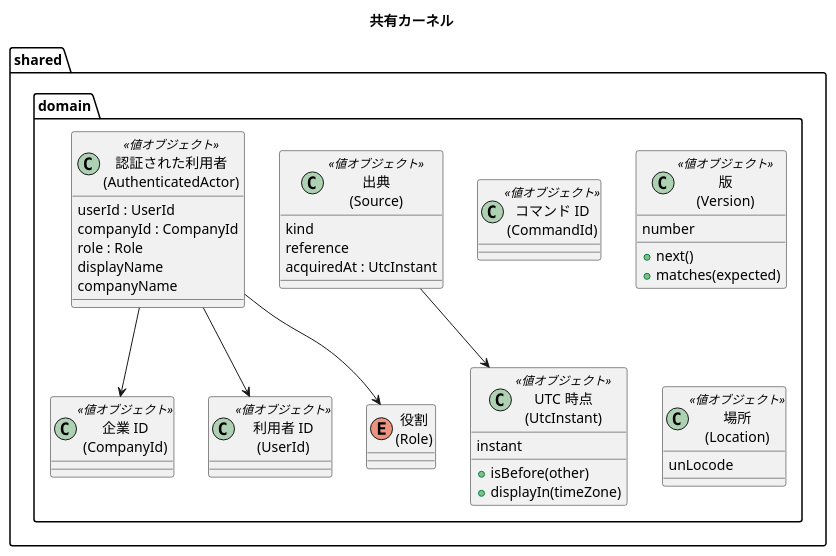
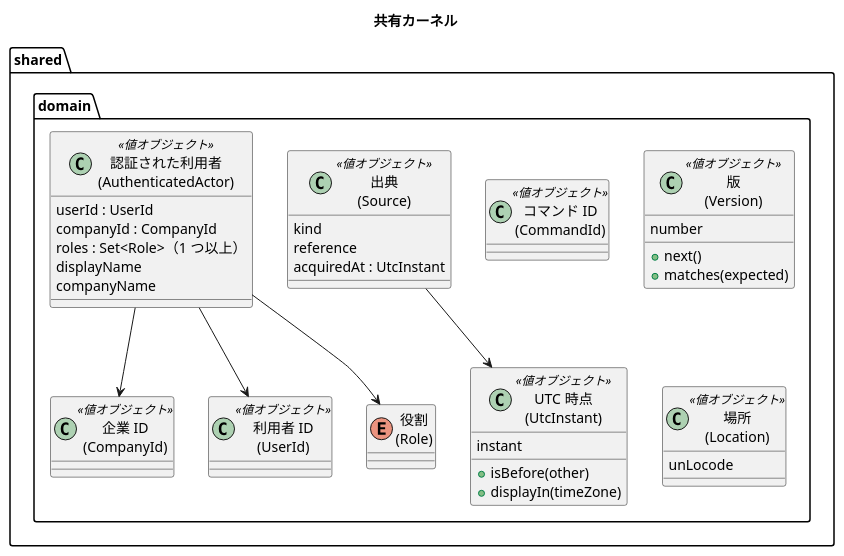
Before and after one commit to k2works/practical-domain-driven-design-in-enterpris-application: the second of 15 diagrams in docs/design/cargo-tracker/domain_model.md, drawn with PlantUML. The commit also changed other lines of this file and 8 other files, not shown here.

````diff
--- a/docs/design/cargo-tracker/domain_model.md
+++ b/docs/design/cargo-tracker/domain_model.md
@@ -171,40 +171,40 @@
 ```plantuml
 @startuml
 title 共有カーネル
 package "shared.domain" {
   class "UTC 時点\n(UtcInstant)" as UtcInstant <<値オブジェクト>> {
     instant
     + isBefore(other)
     + displayIn(timeZone)
   }
   class "コマンド ID\n(CommandId)" as CommandId <<値オブジェクト>>
   class "版\n(Version)" as Version <<値オブジェクト>> {
     number
     + next()
     + matches(expected)
   }
   class "場所\n(Location)" as Location <<値オブジェクト>> {
     unLocode
   }
   class "出典\n(Source)" as Source <<値オブジェクト>> {
     kind
     reference
     acquiredAt : UtcInstant
   }
   class "企業 ID\n(CompanyId)" as CompanyId <<値オブジェクト>>
   class "利用者 ID\n(UserId)" as UserId <<値オブジェクト>>
   enum "役割\n(Role)" as Role
   class "認証された利用者\n(AuthenticatedActor)" as AuthenticatedActor <<値オブジェクト>> {
     userId : UserId
     companyId : CompanyId
-    role : Role
+    roles : Set<Role>（1 つ以上）
     displayName
     companyName
   }
 }
 AuthenticatedActor --> UserId
 AuthenticatedActor --> CompanyId
 AuthenticatedActor --> Role
 Source --> UtcInstant
 @enduml
 ```
````
